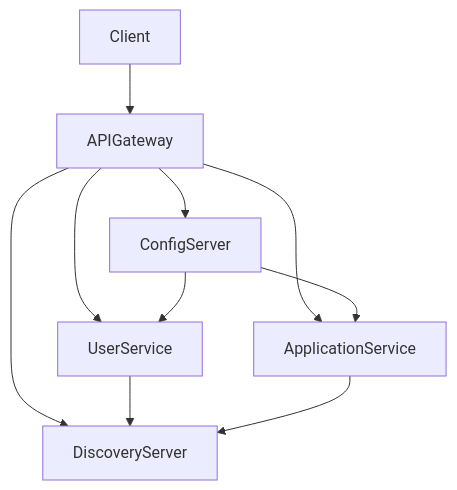
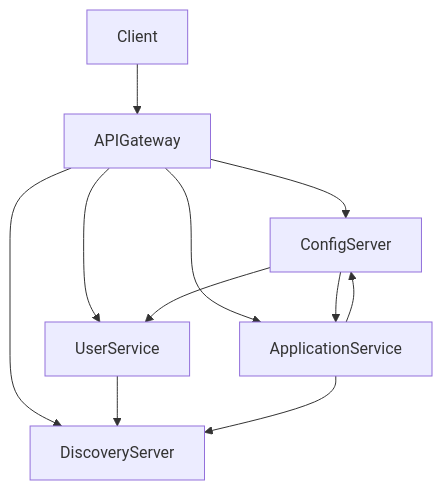
Before and after one commit to mohanad-abdalwahab/job-application-system: the diagram in README.md, drawn with Mermaid.

````diff
--- a/README.md
+++ b/README.md
@@ -21,13 +21,15 @@
 ```mermaid
 graph TD;
     Client --> APIGateway
     APIGateway --> ConfigServer
     APIGateway --> UserService
     APIGateway --> ApplicationService
     APIGateway --> DiscoveryServer
     UserService --> DiscoveryServer
     ApplicationService --> DiscoveryServer
     ConfigServer --> UserService
     ConfigServer --> ApplicationService
+    ApplicationService --> ConfigServer
+
 
 ```
````
